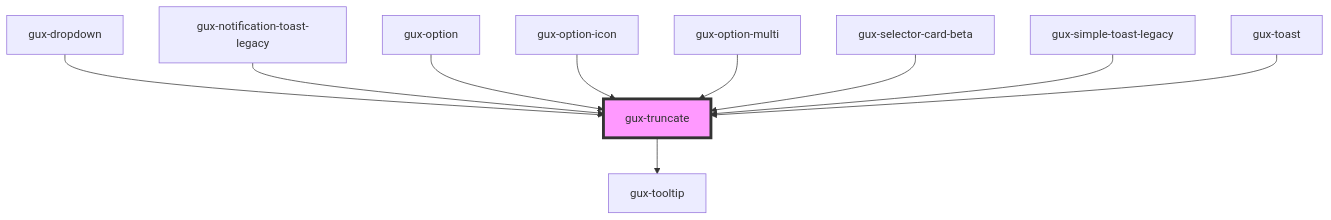
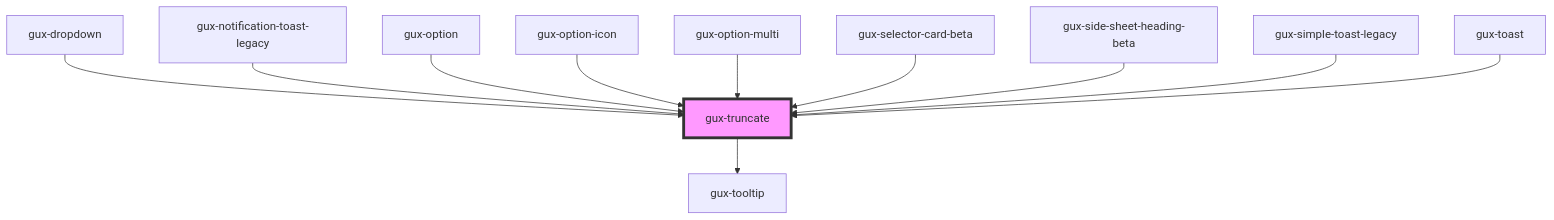
The diagram in packages/genesys-spark-components/src/components/stable/gux-truncate/readme.md (MyPureCloud/genesys-spark), drawn with Mermaid before and after one commit. The commit also changed other lines of this file and 92 other files, not shown here.

Commit message:
feat(side sheet): modal and basic versions

````diff
--- a/packages/genesys-spark-components/src/components/stable/gux-truncate/readme.md
+++ b/packages/genesys-spark-components/src/components/stable/gux-truncate/readme.md
@@ -63,13 +64,14 @@
 ```mermaid
 graph TD;
   gux-truncate --> gux-tooltip
   gux-dropdown --> gux-truncate
   gux-notification-toast-legacy --> gux-truncate
   gux-option --> gux-truncate
   gux-option-icon --> gux-truncate
   gux-option-multi --> gux-truncate
   gux-selector-card-beta --> gux-truncate
+  gux-side-sheet-heading-beta --> gux-truncate
   gux-simple-toast-legacy --> gux-truncate
   gux-toast --> gux-truncate
   style gux-truncate fill:#f9f,stroke:#333,stroke-width:4px
 ```
````
